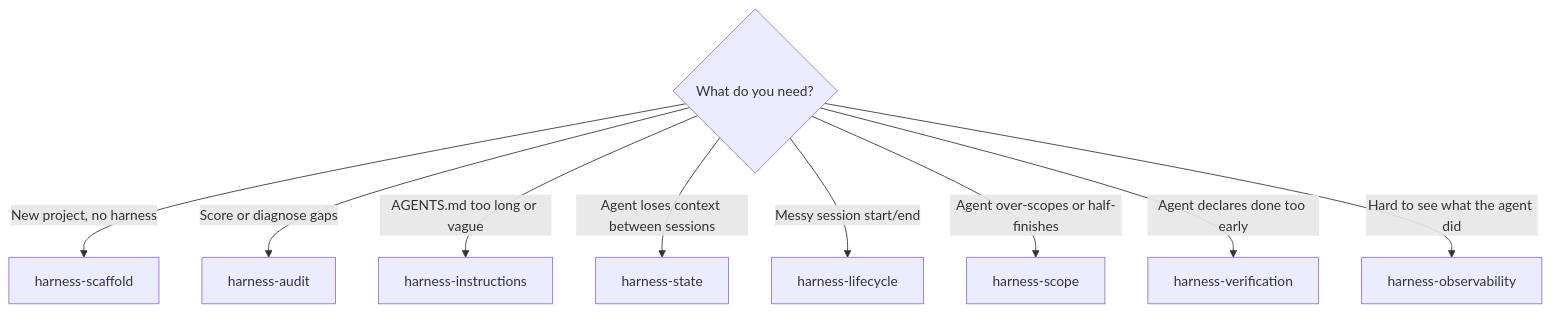
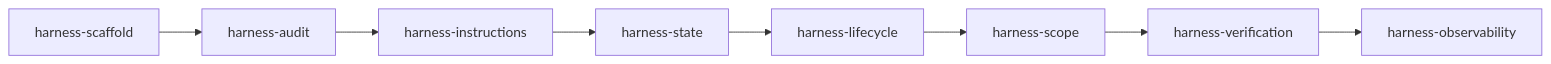
One commit to solanodz/harness-engineering-skills changed the second of 2 diagrams in README.md. Above: the diagram before and after it, drawn with Mermaid. The commit also changed other lines of this file and 4 other files, not shown here.

````diff
--- a/README.md
+++ b/README.md
@@ -72,11 +100,10 @@
 ```mermaid
-flowchart TD
-    need{What do you need?} -->|New project, no harness| scaffold2[harness-scaffold]
-    need -->|Score or diagnose gaps| audit2[harness-audit]
-    need -->|AGENTS.md too long or vague| instructions2[harness-instructions]
-    need -->|Agent loses context between sessions| state2[harness-state]
-    need -->|Messy session start/end| lifecycle2[harness-lifecycle]
-    need -->|Agent over-scopes or half-finishes| scope2[harness-scope]
-    need -->|Agent declares done too early| verification2[harness-verification]
-    need -->|Hard to see what the agent did| observability2[harness-observability]
+flowchart LR
+    A[harness-scaffold] --> B[harness-audit]
+    B --> C[harness-instructions]
+    C --> D[harness-state]
+    D --> E[harness-lifecycle]
+    E --> F[harness-scope]
+    F --> G[harness-verification]
+    G --> H[harness-observability]
 ```
````
